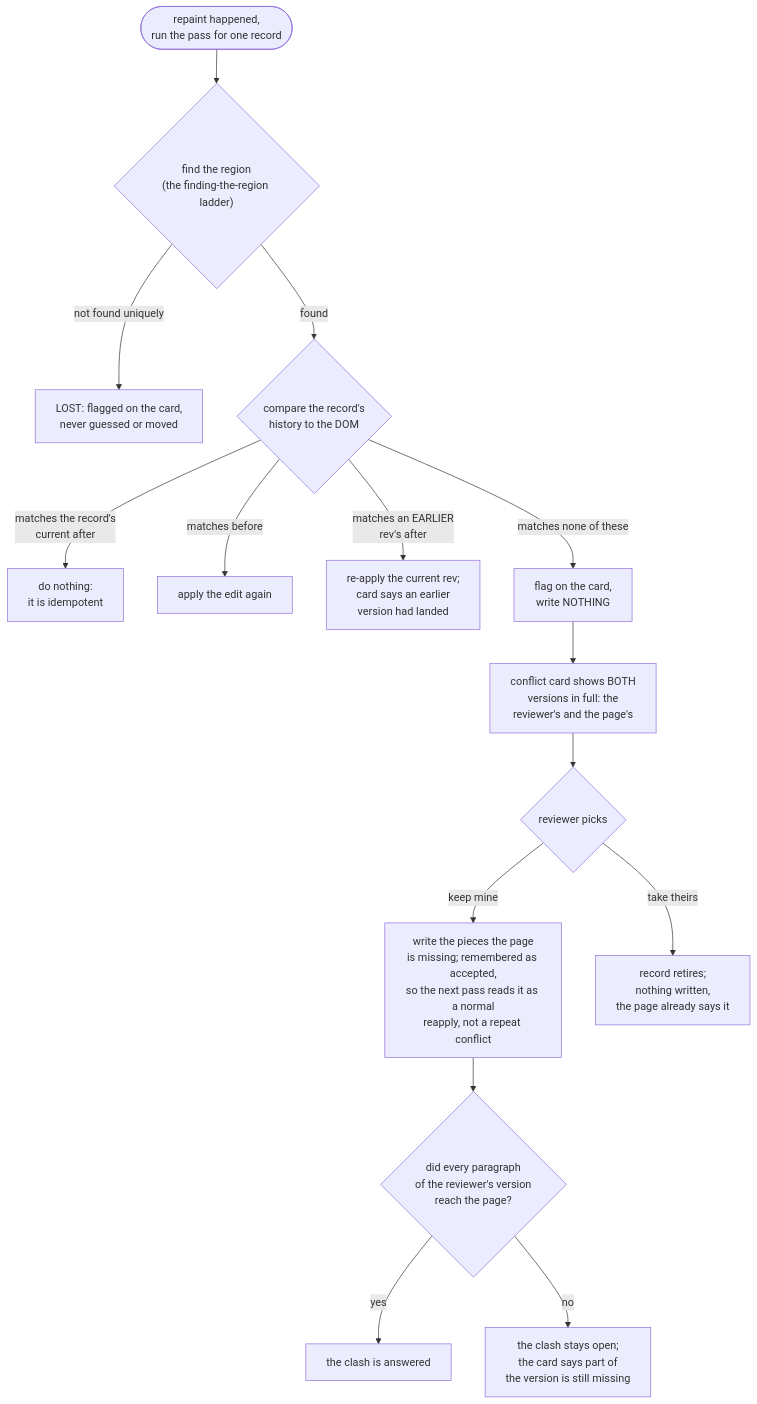
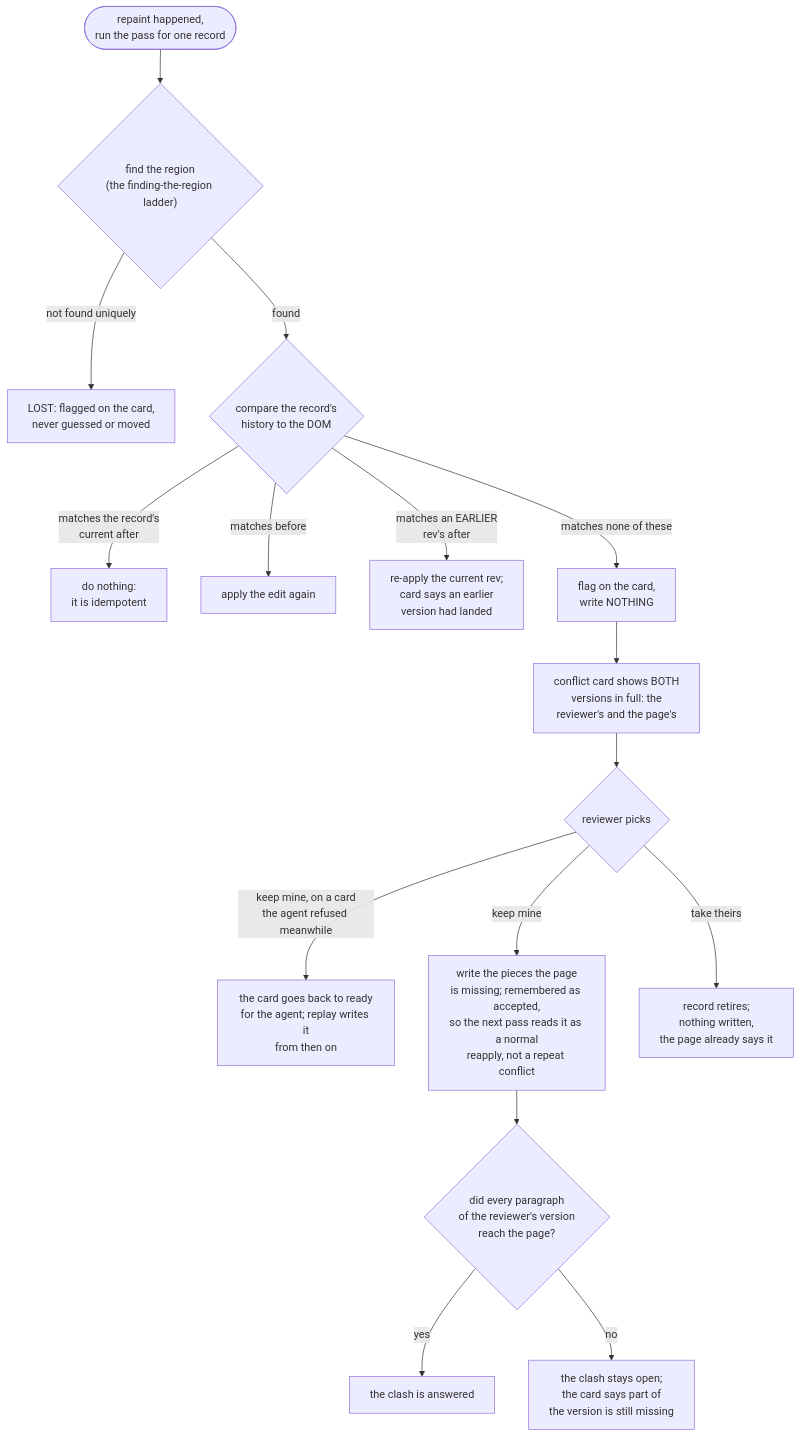
Before and after one commit to kenxle/live-agentic-html-editor: the first of 3 diagrams in docs/diagrams/replay_branches.md, drawn with Mermaid. The commit also changed other lines of this file and 4 other files, not shown here.

Commit message:
Living docs: replay writes only waiting items; the page check keeps only the stamp round

````diff
--- a/docs/diagrams/replay_branches.md
+++ b/docs/diagrams/replay_branches.md
@@ -7,19 +7,20 @@
 ```mermaid
 flowchart TD
   A(["repaint happened,<br/>run the pass for one record"]) --> Anchor{"find the region<br/>(the finding-the-region ladder)"}
   Anchor -- "not found uniquely" --> Lost["LOST: flagged on the card,<br/>never guessed or moved"]
   Anchor -- "found" --> Cmp{"compare the record's<br/>history to the DOM"}
 
   Cmp -- "matches the record's<br/>current after" --> Idem["do nothing:<br/>it is idempotent"]
   Cmp -- "matches before" --> Reapply["apply the edit again"]
   Cmp -- "matches an EARLIER<br/>rev's after" --> Earlier["re-apply the current rev;<br/>card says an earlier<br/>version had landed"]
   Cmp -- "matches none of these" --> Conflict["flag on the card,<br/>write NOTHING"]
 
   Conflict --> Card["conflict card shows BOTH<br/>versions in full: the<br/>reviewer's and the page's"]
   Card --> Choice{"reviewer picks"}
+  Choice -- "keep mine, on a card<br/>the agent refused meanwhile" --> Back["the card goes back to ready<br/>for the agent; replay writes it<br/>from then on"]
   Choice -- "keep mine" --> KeepMine["write the pieces the page<br/>is missing; remembered as accepted,<br/>so the next pass reads it as a normal<br/>reapply, not a repeat conflict"]
   KeepMine --> Partial{"did every paragraph<br/>of the reviewer's version<br/>reach the page?"}
   Partial -- "yes" --> Done["the clash is answered"]
   Partial -- "no" --> Held["the clash stays open;<br/>the card says part of<br/>the version is still missing"]
   Choice -- "take theirs" --> TakeTheirs["record retires;<br/>nothing written,<br/>the page already says it"]
 ```
````
